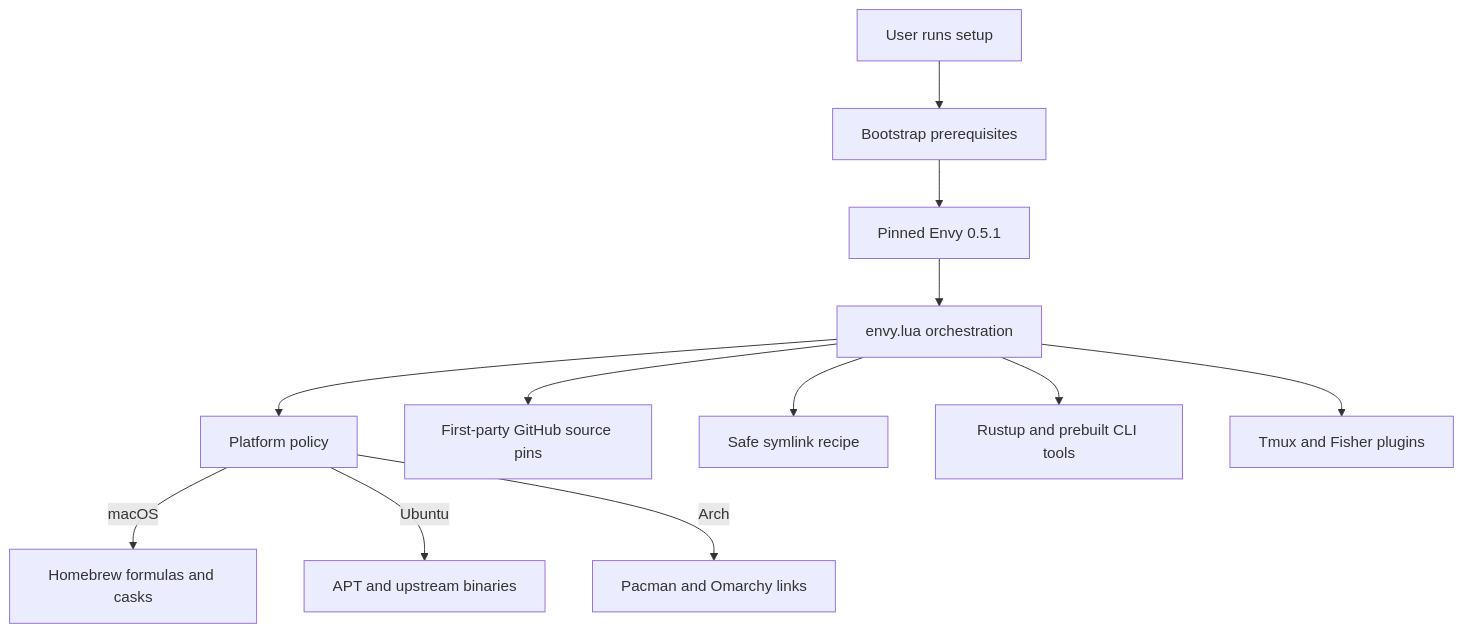
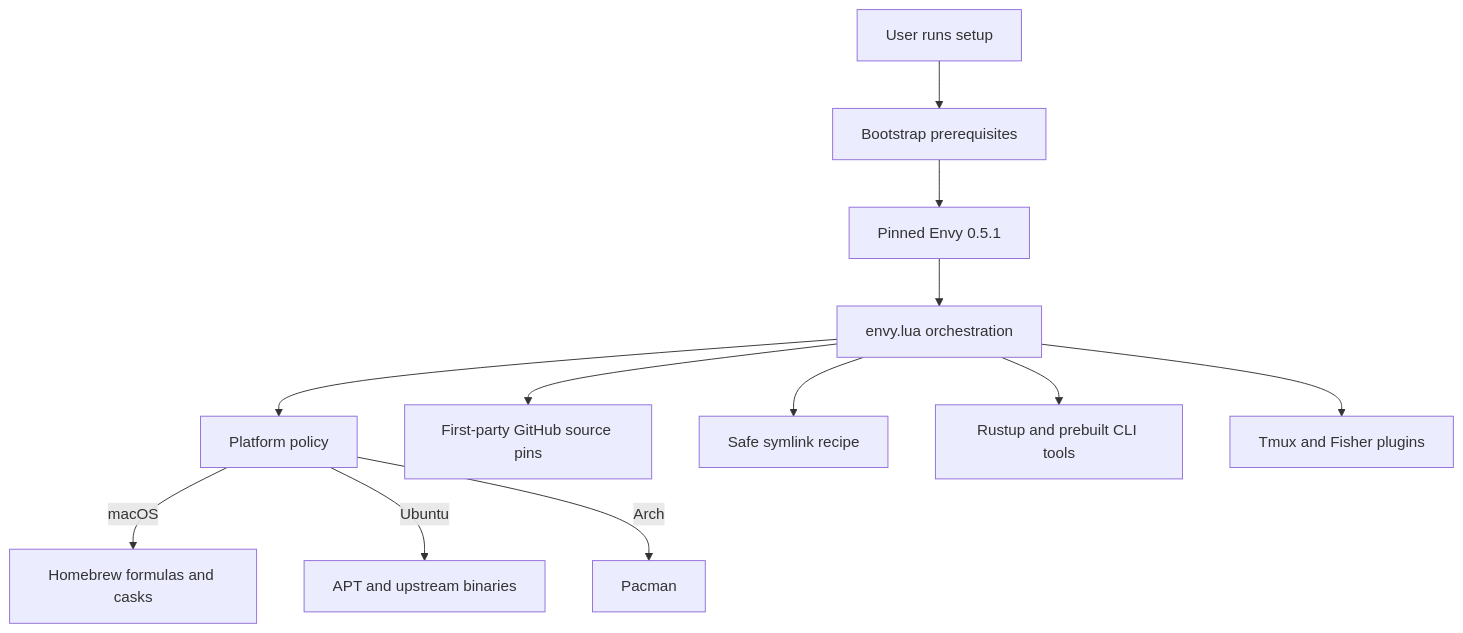
Before and after one commit to hantianjz/dotfiles: the first of 2 diagrams in docs/envy-cross-platform.md, drawn with Mermaid. The commit also changed other lines of this file and 23 other files, not shown here.

````diff
--- a/docs/envy-cross-platform.md
+++ b/docs/envy-cross-platform.md
@@ -36,14 +36,14 @@
 ```mermaid
 flowchart TB
     User[User runs setup] --> Bootstrap[Bootstrap prerequisites]
     Bootstrap --> Envy[Pinned Envy 0.5.1]
     Envy --> Manifest[envy.lua orchestration]
     Manifest --> Policy[Platform policy]
     Manifest --> GitHub[First-party GitHub source pins]
     Policy -->|macOS| Brew[Homebrew formulas and casks]
     Policy -->|Ubuntu| Apt[APT and upstream binaries]
-    Policy -->|Arch| Pacman[Pacman and Omarchy links]
+    Policy -->|Arch| Pacman[Pacman]
     Manifest --> Links[Safe symlink recipe]
     Manifest --> Tools[Rustup and prebuilt CLI tools]
     Manifest --> Plugins[Tmux and Fisher plugins]
 ```
````
